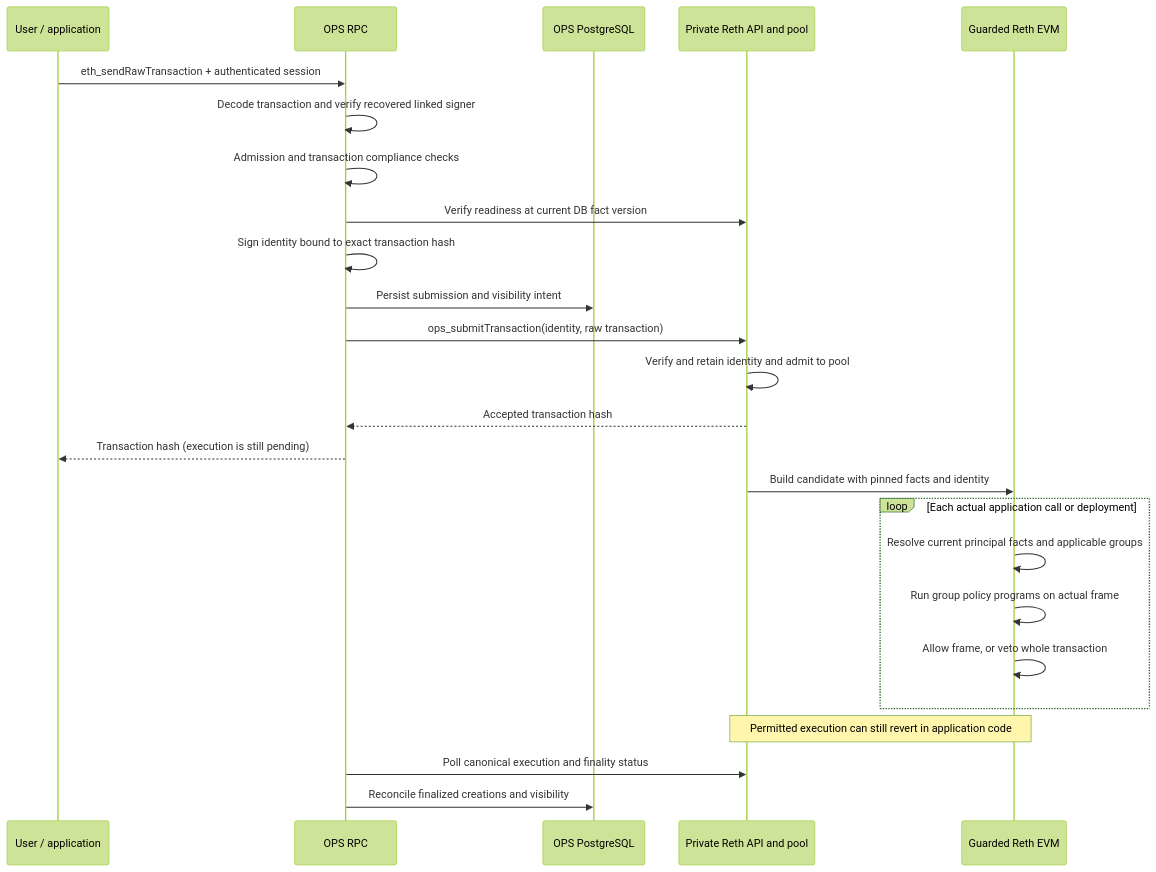
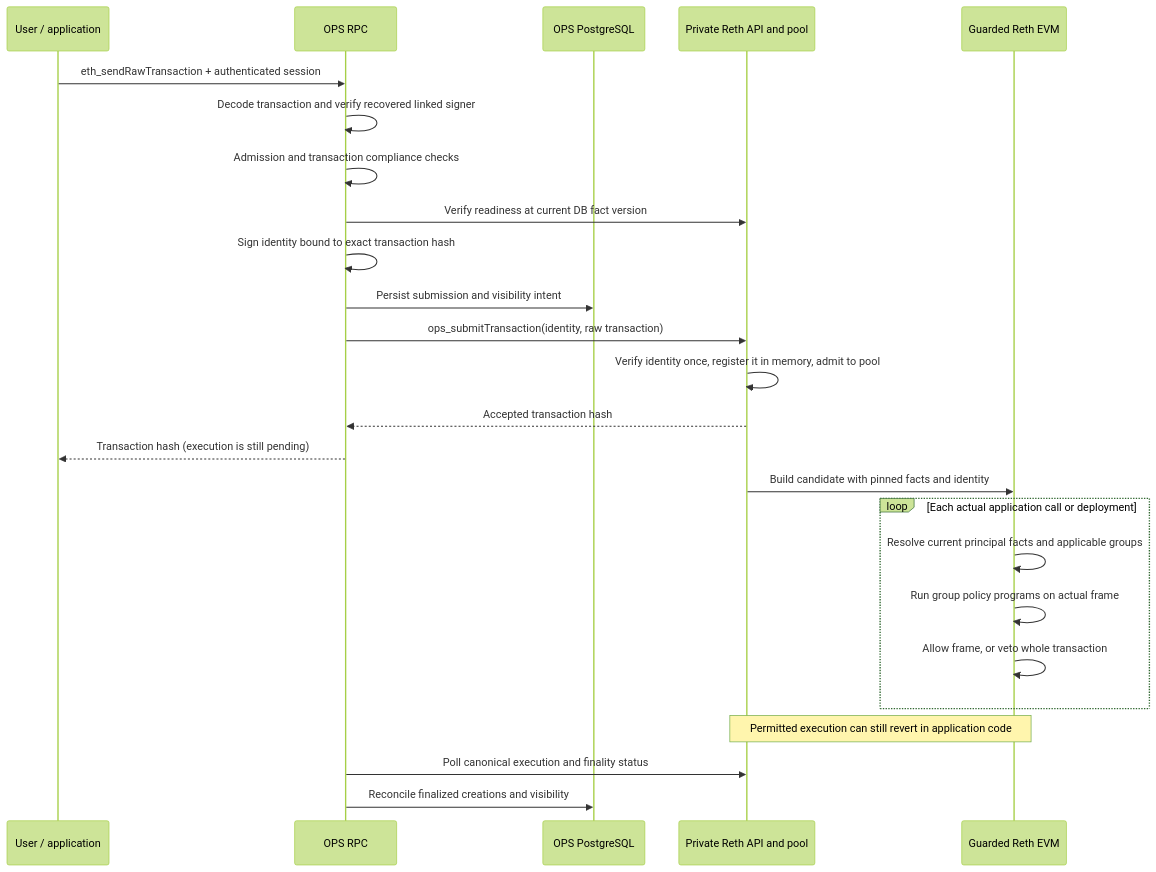
One commit to LFDT-Permissioned-Privacy-Control/permissioned-privacy-control changed the third of 6 diagrams in docs/architecture/reth-execution-flow.md. Above: the diagram before and after it, drawn with Mermaid (forest theme). The commit also changed other lines of this file and 15 other files, not shown here.

````diff
--- a/docs/architecture/reth-execution-flow.md
+++ b/docs/architecture/reth-execution-flow.md
@@ -160,27 +160,27 @@
 ```mermaid
 sequenceDiagram
     participant User as User / application
     participant OPS as OPS RPC
     participant DB as OPS PostgreSQL
     participant Node as Private Reth API and pool
     participant EVM as Guarded Reth EVM
     User->>OPS: eth_sendRawTransaction + authenticated session
     OPS->>OPS: Decode transaction and verify recovered linked signer
     OPS->>OPS: Admission and transaction compliance checks
     OPS->>Node: Verify readiness at current DB fact version
     OPS->>OPS: Sign identity bound to exact transaction hash
     OPS->>DB: Persist submission and visibility intent
     OPS->>Node: ops_submitTransaction(identity, raw transaction)
-    Node->>Node: Verify and retain identity and admit to pool
+    Node->>Node: Verify identity once, register it in memory, admit to pool
     Node-->>OPS: Accepted transaction hash
     OPS-->>User: Transaction hash (execution is still pending)
     Node->>EVM: Build candidate with pinned facts and identity
     loop Each actual application call or deployment
         EVM->>EVM: Resolve current principal facts and applicable groups
         EVM->>EVM: Run group policy programs on actual frame
         EVM->>EVM: Allow frame, or veto whole transaction
     end
     Note over Node,EVM: Permitted execution can still revert in application code
     OPS->>Node: Poll canonical execution and finality status
     OPS->>DB: Reconcile finalized creations and visibility
 ```
````
